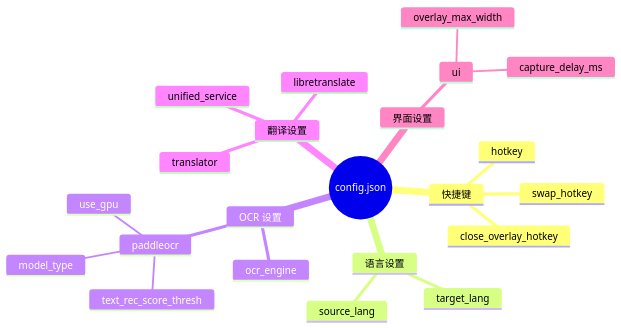
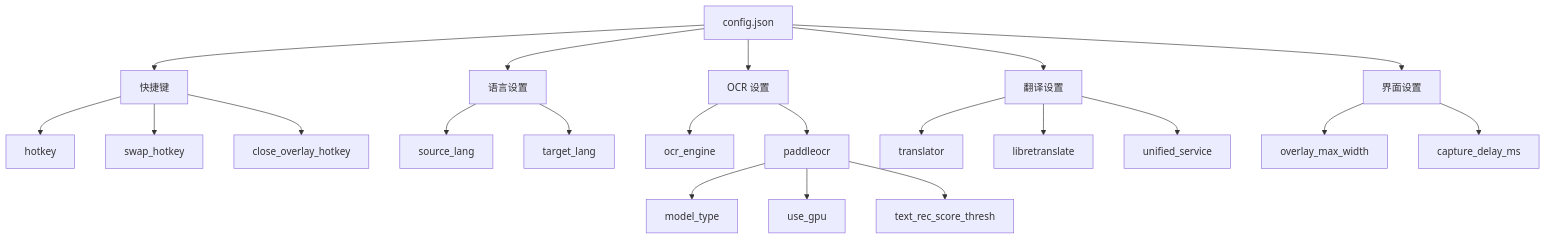
One commit to GTJasonMK/RSTA changed the eighth of 13 diagrams in README.md. Above: the diagram before and after it, drawn with Mermaid. The commit also changed other lines of this file, not shown here.

Commit message:
修改README图表显示bug

````diff
--- a/README.md
+++ b/README.md
@@ -296,25 +285,28 @@
 ```mermaid
-mindmap
-  root((config.json))
-    快捷键
-      hotkey
-      swap_hotkey
-      close_overlay_hotkey
-    语言设置
-      source_lang
-      target_lang
-    OCR 设置
-      ocr_engine
-      paddleocr
-        model_type
-        use_gpu
-        text_rec_score_thresh
-    翻译设置
-      translator
-      libretranslate
-      unified_service
-    界面设置
-      ui
-        overlay_max_width
-        capture_delay_ms
+graph TD
+    Root[config.json] --> HK[快捷键]
+    Root --> Lang[语言设置]
+    Root --> OCR[OCR 设置]
+    Root --> Trans[翻译设置]
+    Root --> UIConf[界面设置]
+
+    HK --> hotkey
+    HK --> swap_hotkey
+    HK --> close_overlay_hotkey
+
+    Lang --> source_lang
+    Lang --> target_lang
+
+    OCR --> ocr_engine
+    OCR --> paddleocr
+    paddleocr --> model_type
+    paddleocr --> use_gpu
+    paddleocr --> text_rec_score_thresh
+
+    Trans --> translator
+    Trans --> libretranslate
+    Trans --> unified_service
+
+    UIConf --> overlay_max_width
+    UIConf --> capture_delay_ms
 ```
````
